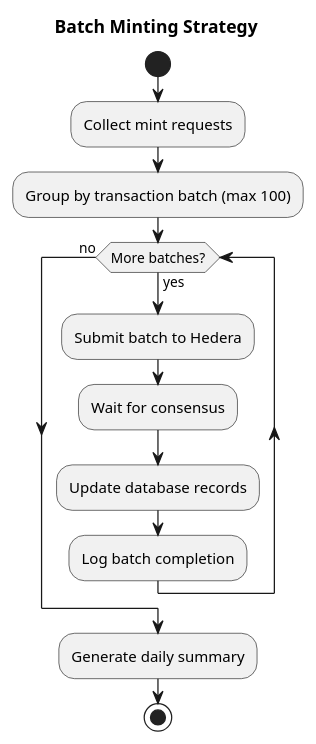
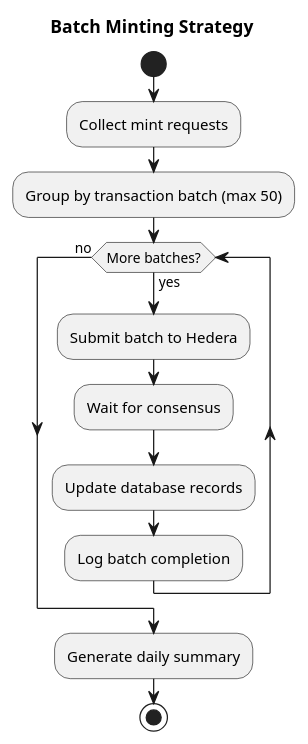
Before and after one commit to NaDasai/my-enda-tamweel-architecture: the first of 2 diagrams in architecture/03_concepts/02_performance_optimisation.adoc, drawn with PlantUML. The commit also changed other lines of this file and 5 other files, not shown here.

```diff
--- a/architecture/03_concepts/02_performance_optimisation.adoc
+++ b/architecture/03_concepts/02_performance_optimisation.adoc
@@ -30,21 +30,21 @@
 [plantuml, format=png]
 ----
 @startuml
 title Batch Minting Strategy
 
 start
 :Collect mint requests;
-:Group by transaction batch (max 100);
+:Group by transaction batch (max 50);
 
 while (More batches?) is (yes)
     :Submit batch to Hedera;
     :Wait for consensus;
     :Update database records;
     :Log batch completion;
 endwhile (no)
 
 :Generate daily summary;
 stop
 
 @enduml
 ----
```
